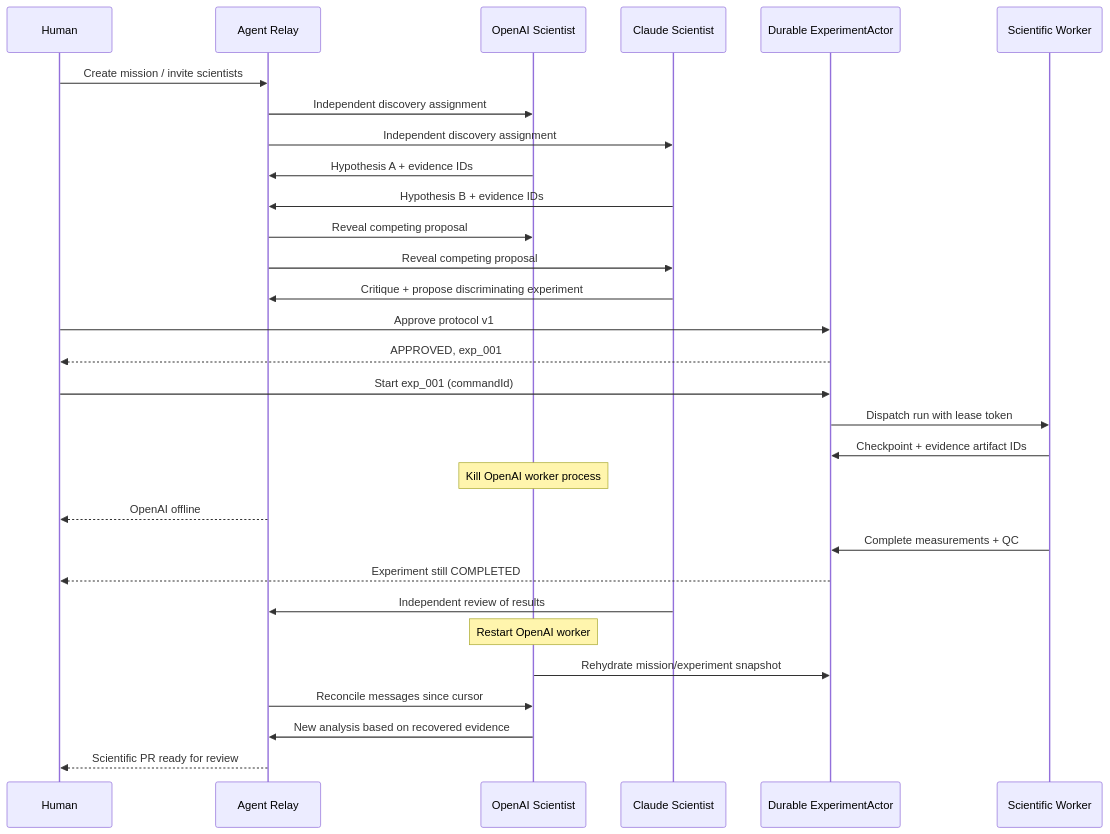
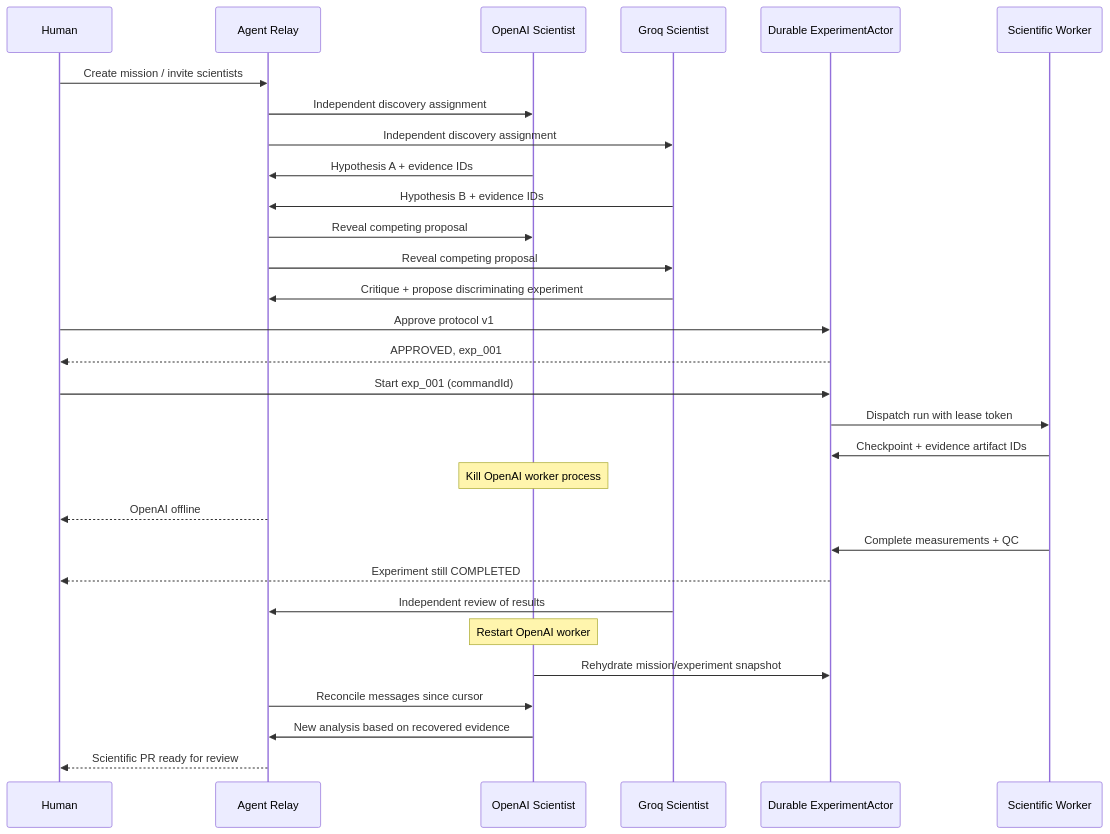
The seventh of 7 diagrams in CureLab_System_Design.md (luxinlabs/mearc-curelab), drawn with Mermaid before and after one commit. The commit also changed other lines of this file and 22 other files, not shown here.

````diff
--- a/CureLab_System_Design.md
+++ b/CureLab_System_Design.md
@@ -441,32 +516,32 @@
 ```mermaid
 sequenceDiagram
     participant H as Human
     participant R as Agent Relay
     participant O as OpenAI Scientist
-    participant C as Claude Scientist
+    participant C as Groq Scientist
     participant A as Durable ExperimentActor
     participant X as Scientific Worker
     H->>R: Create mission / invite scientists
     R->>O: Independent discovery assignment
     R->>C: Independent discovery assignment
     O->>R: Hypothesis A + evidence IDs
     C->>R: Hypothesis B + evidence IDs
     R->>O: Reveal competing proposal
     R->>C: Reveal competing proposal
     C->>R: Critique + propose discriminating experiment
     H->>A: Approve protocol v1
     A-->>H: APPROVED, exp_001
     H->>A: Start exp_001 (commandId)
     A->>X: Dispatch run with lease token
     X->>A: Checkpoint + evidence artifact IDs
     Note over O: Kill OpenAI worker process
     R-->>H: OpenAI offline
     X->>A: Complete measurements + QC
     A-->>H: Experiment still COMPLETED
     C->>R: Independent review of results
     Note over O: Restart OpenAI worker
     O->>A: Rehydrate mission/experiment snapshot
     R->>O: Reconcile messages since cursor
     O->>R: New analysis based on recovered evidence
     R-->>H: Scientific PR ready for review
 ```
````
